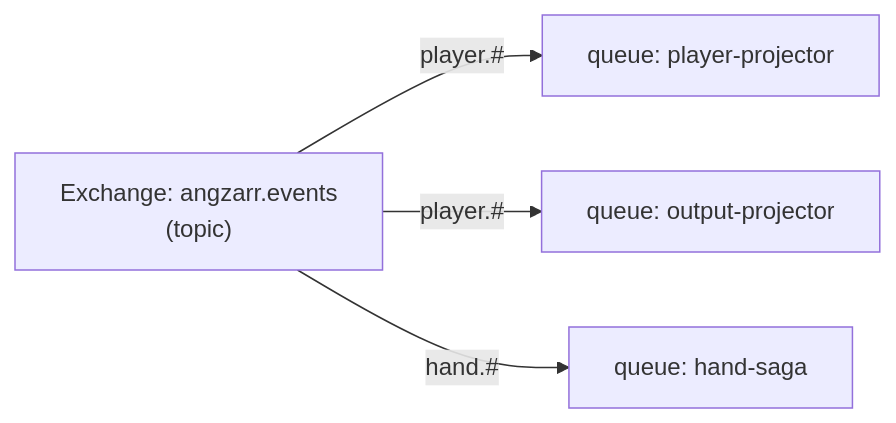
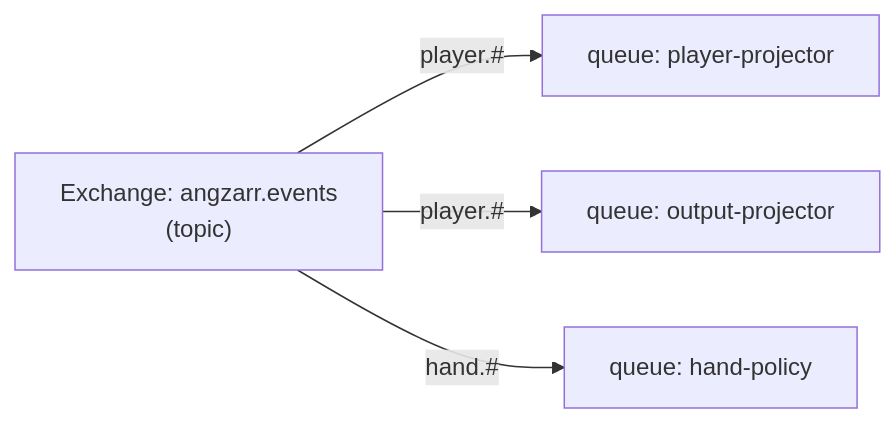
One commit to angzarr-io/angzarr-project changed the first of 2 diagrams in site/src/content/docs/tooling/buses/amqp.md. Above: the diagram before and after it, drawn with Mermaid. The commit also changed 52 other files, not shown here.

````diff
--- a/site/src/content/docs/tooling/buses/amqp.md
+++ b/site/src/content/docs/tooling/buses/amqp.md
@@ -45,7 +45,7 @@
 ```mermaid
 flowchart LR
     EX["Exchange: angzarr.events<br/>(topic)"]
     EX -->|"player.#"| PP[queue: player-projector]
     EX -->|"player.#"| OP[queue: output-projector]
-    EX -->|"hand.#"| HS[queue: hand-saga]
+    EX -->|"hand.#"| HS[queue: hand-policy]
 ```
````
